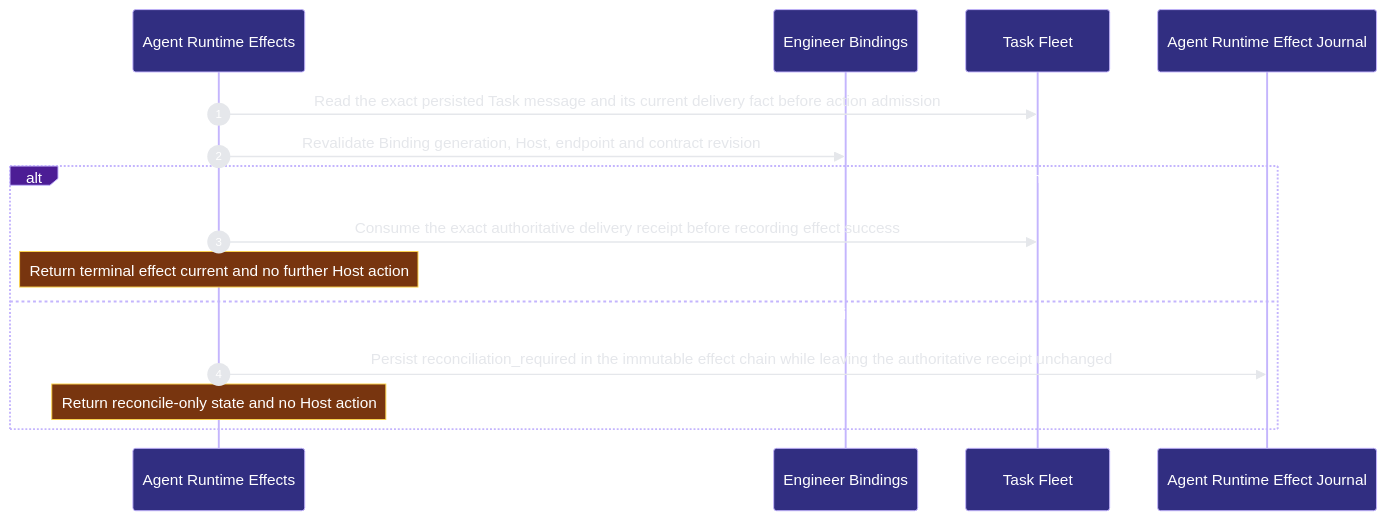
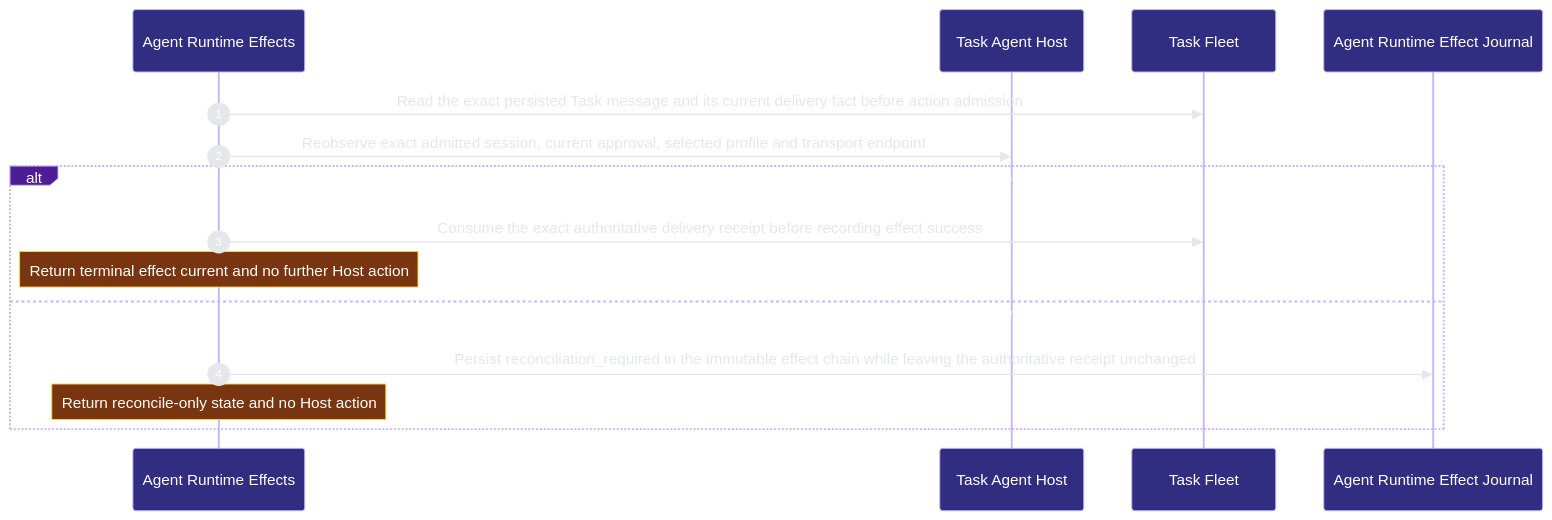
Before and after one commit to Ancienttwo/repo-harness: the second of 2 diagrams in docs/architecture/modules/runtime-harness/agent-runtime-effects.md, drawn with Mermaid. The commit also changed other lines of this file and 27 other files, not shown here.

First line of the commit message:
chore(projection): refresh generated architecture outputs for main@bbf18043e43e

````diff
--- a/docs/architecture/modules/runtime-harness/agent-runtime-effects.md
+++ b/docs/architecture/modules/runtime-harness/agent-runtime-effects.md
@@ -92,18 +90,18 @@
 ```mermaid
 %%{init: {"theme":"base","themeVariables":{"background":"#0d1117","actorBkg":"#312e81","actorBorder":"#c4b5fd","actorTextColor":"#ffffff","signalColor":"#e5e7eb","signalTextColor":"#e5e7eb","labelBoxBkgColor":"#4c1d95","labelBoxBorderColor":"#c4b5fd","labelTextColor":"#ffffff","noteBkgColor":"#78350f","noteBorderColor":"#fcd34d","noteTextColor":"#ffffff","sequenceNumberColor":"#ffffff"}}}%%
 sequenceDiagram
   autonumber
   participant p2_effect_journal_1eea3f14 as Agent Runtime Effects
-  participant p2_binding_authority_b56d10c4 as Engineer Bindings
+  participant p2_session_authority_33b166aa as Task Agent Host
   participant p2_message_authority_43d726e6 as Task Fleet
   participant p2_effect_schema_e2bdceda as Agent Runtime Effect Journal
   p2_effect_journal_1eea3f14->>p2_message_authority_43d726e6: Read the exact persisted Task message and its current delivery fact before action admission
-  p2_effect_journal_1eea3f14->>p2_binding_authority_b56d10c4: Revalidate Binding generation#44; Host#44; endpoint and contract revision
+  p2_effect_journal_1eea3f14->>p2_session_authority_33b166aa: Reobserve exact admitted session#44; current approval#44; selected profile and transport endpoint
   alt One immutable intent admits at most one Host action and exact receipt evidence closes the observation chain
   p2_effect_journal_1eea3f14->>p2_message_authority_43d726e6: Consume the exact authoritative delivery receipt before recording effect success
     Note over p2_effect_journal_1eea3f14: Return terminal effect current and no further Host action
   else Lost acknowledgement or ambiguous Host facts remain reconciliation_required without retry
   p2_effect_journal_1eea3f14->>p2_effect_schema_e2bdceda: Persist reconciliation_required in the immutable effect chain while leaving the authoritative receipt unchanged
     Note over p2_effect_journal_1eea3f14: Return reconcile-only state and no Host action
   end
 ```
````
